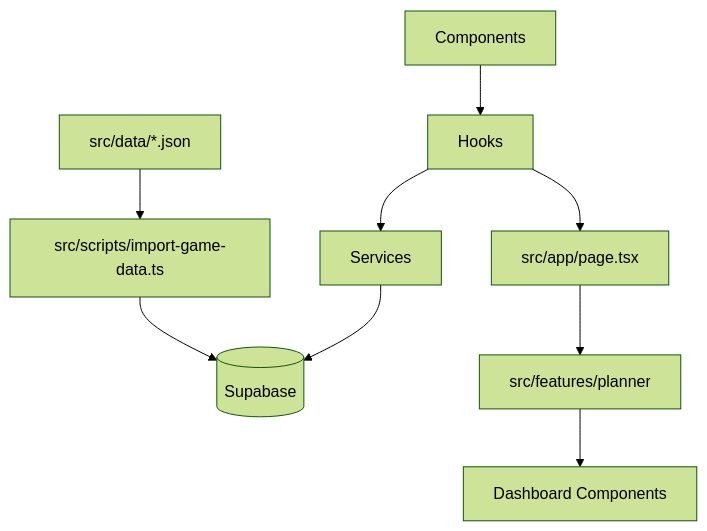
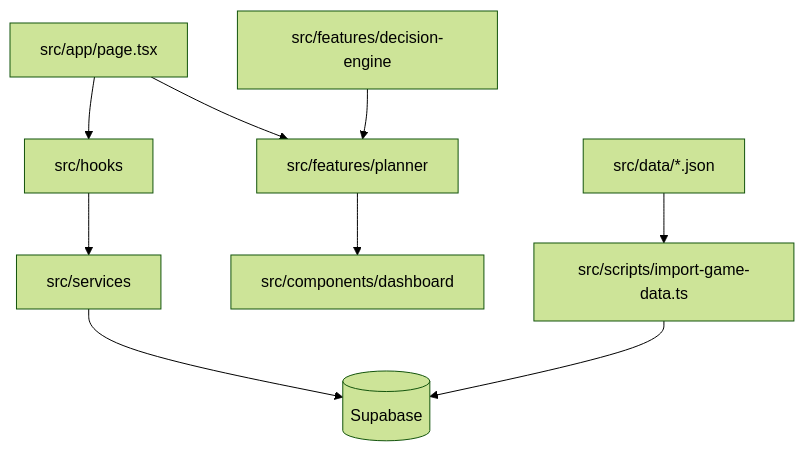
The diagram in AGENTS.md (arnsroehl/clash-tool), drawn with Mermaid (forest theme) before and after one commit. The commit also changed other lines of this file and 23 other files, not shown here.

Commit message:
Add decision engine foundation

````diff
--- a/AGENTS.md
+++ b/AGENTS.md
@@ -55,11 +64,11 @@
 ```mermaid
 flowchart TD
-  UI[Components] --> Hooks[Hooks]
-  Hooks --> Services[Services]
+  Page[src/app/page.tsx] --> Hooks[src/hooks]
+  Hooks --> Services[src/services]
   Services --> Supabase[(Supabase)]
-  JSON[src/data/*.json] --> Importer[src/scripts/import-game-data.ts]
+  Page --> Planner[src/features/planner]
+  DecisionEngine[src/features/decision-engine] --> Planner
+  Planner --> Dashboard[src/components/dashboard]
+  Data[src/data/*.json] --> Importer[src/scripts/import-game-data.ts]
   Importer --> Supabase
-  Hooks --> Page[src/app/page.tsx]
-  Page --> Planner[src/features/planner]
-  Planner --> Dashboard[Dashboard Components]
 ```
````
